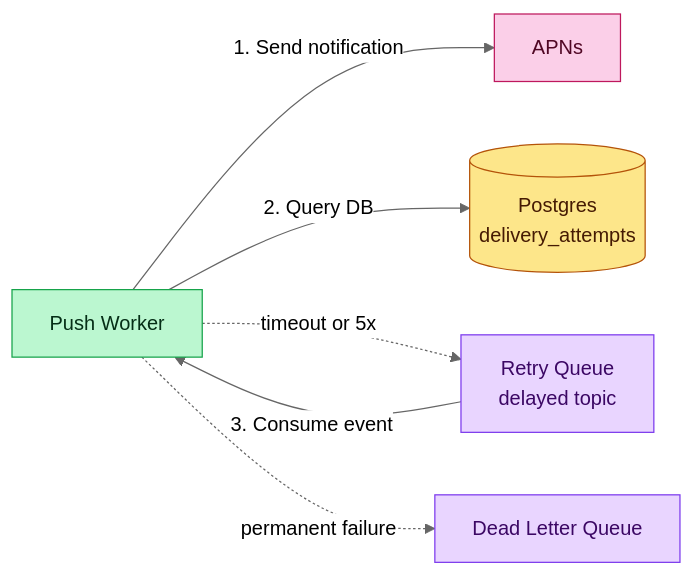
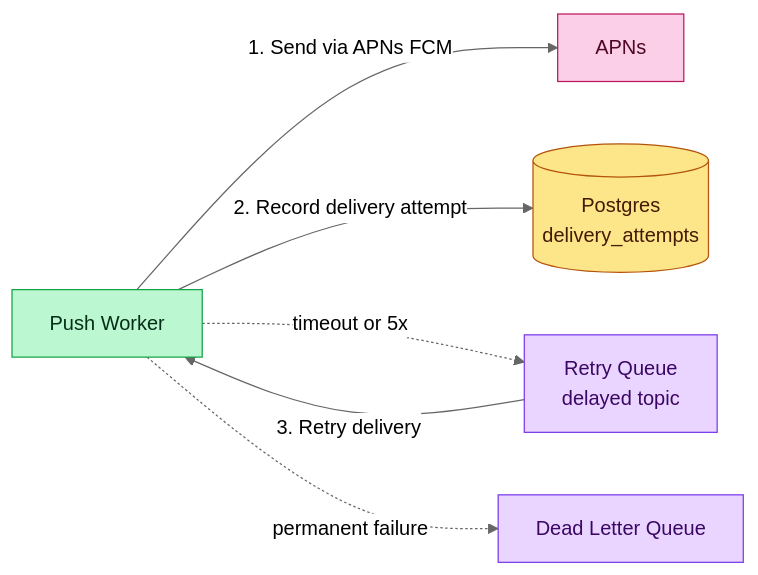
Before and after one commit to iluzn/HLD-Designs: the fifth of 16 diagrams in content/hld/NotificationSystem.md, drawn with Mermaid (neutral theme). The commit also changed other lines of this file and 27 other files, not shown here.

````diff
--- a/content/hld/NotificationSystem.md
+++ b/content/hld/NotificationSystem.md
@@ -427,19 +427,19 @@
 ```mermaid
 flowchart LR
     PUSH["Push Worker"]:::service
     APNS["APNs"]:::external
     ATTEMPT[("Postgres<br/>delivery_attempts")]:::data
     RETRY["Retry Queue<br/>delayed topic"]:::async
     DLQ["Dead Letter Queue"]:::async
 
-    PUSH -->|"1. Send notification"| APNS
-    PUSH -->|"2. Query DB"| ATTEMPT
+    PUSH -->|"1. Send via APNs FCM"| APNS
+    PUSH -->|"2. Record delivery attempt"| ATTEMPT
     PUSH -.timeout or 5xx.-> RETRY
-    RETRY -->|"3. Consume event"| PUSH
+    RETRY -->|"3. Retry delivery"| PUSH
     PUSH -.permanent failure.-> DLQ
 
     classDef service fill:#bbf7d0,stroke:#16a34a,color:#052e16
     classDef async fill:#e9d5ff,stroke:#7c3aed,color:#3b0764
     classDef external fill:#fbcfe8,stroke:#be185d,color:#500724
     classDef data fill:#fde68a,stroke:#b45309,color:#451a03
 ```
````
